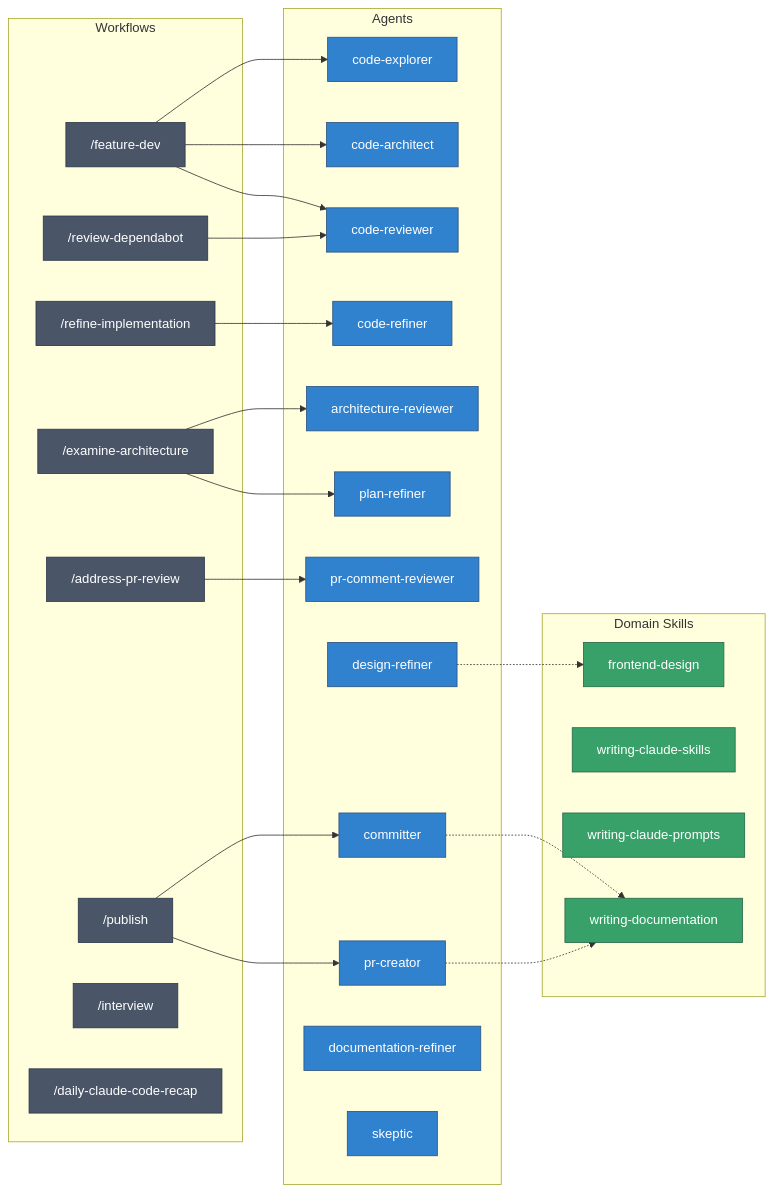
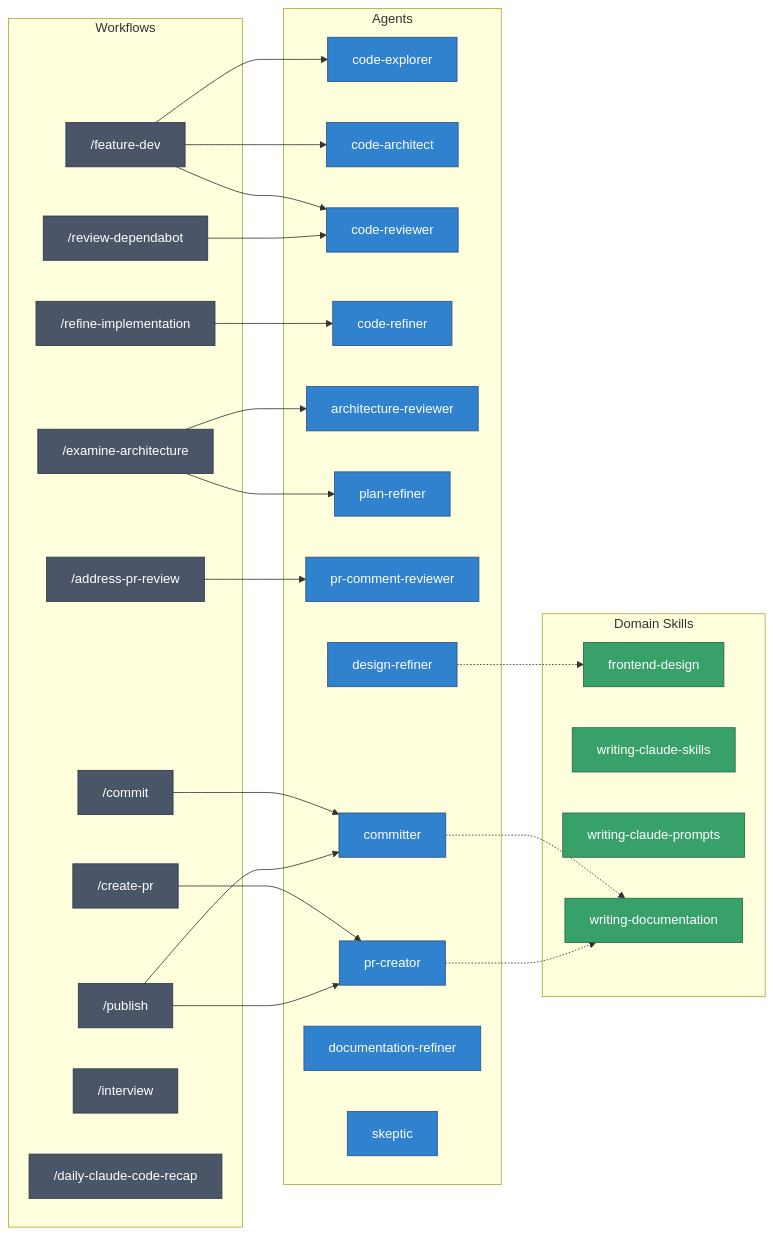
Before and after one commit to stephendolan/dotfiles: the diagram in ai/README.md, drawn with Mermaid. The commit also changed other lines of this file and 4 other files, not shown here.

First line of the commit message:
feat(ai): add /commit and /create-pr skills for direct invocation

````diff
--- a/ai/README.md
+++ b/ai/README.md
@@ -24,54 +24,58 @@
 ```mermaid
 flowchart LR
     subgraph Workflows
+        cm["/commit"]
+        cpr["/create-pr"]
         fd["/feature-dev"]
         ri["/refine-implementation"]
         ea["/examine-architecture"]
         apr["/address-pr-review"]
         rd["/review-dependabot"]
         pub["/publish"]
         int["/interview"]
         dcr["/daily-claude-code-recap"]
     end
 
     subgraph Agents
         ce["code-explorer"]
         ca["code-architect"]
         cr["code-reviewer"]
         cf["code-refiner"]
         ar["architecture-reviewer"]
         pr["plan-refiner"]
         pcr["pr-comment-reviewer"]
         com["committer"]
         prc["pr-creator"]
         dr["design-refiner"]
         docr["documentation-refiner"]
         sk["skeptic"]
     end
 
     subgraph Domain Skills
         fdd["frontend-design"]
         wcs["writing-claude-skills"]
         wcp["writing-claude-prompts"]
         wdoc["writing-documentation"]
     end
 
+    cm --> com
+    cpr --> prc
     fd --> ce & ca & cr
     ri --> cf
     ea --> ar & pr
     apr --> pcr
     rd --> cr
     pub --> com & prc
 
     com -.-> wdoc
     prc -.-> wdoc
     dr -.-> fdd
 
     classDef workflow fill:#4a5568,stroke:#2d3748,color:#fff
     classDef agent fill:#3182ce,stroke:#2c5282,color:#fff
     classDef skill fill:#38a169,stroke:#276749,color:#fff
 
-    class fd,ri,ea,apr,rd,pub,int,dcr workflow
+    class cm,cpr,fd,ri,ea,apr,rd,pub,int,dcr workflow
     class ce,ca,cr,cf,ar,pr,pcr,com,prc,dr,docr,sk agent
     class fdd,wcs,wcp,wdoc skill
 ```
````
